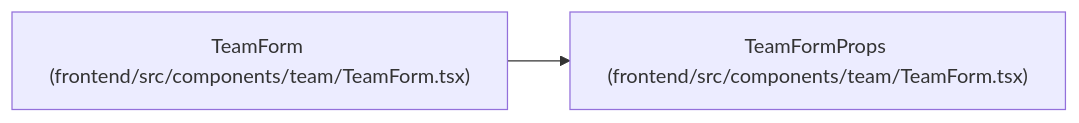
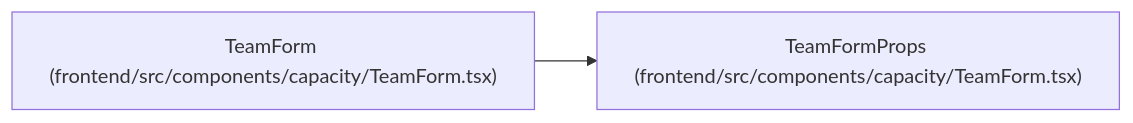
One commit to Denissvgn/WorkChord changed the diagram in docs/llm_wiki/entities/TeamFormProps.md. Above: the diagram before and after it, drawn with Mermaid. The commit also changed other lines of this file and 2373 other files, not shown here.

````diff
--- a/docs/llm_wiki/entities/TeamFormProps.md
+++ b/docs/llm_wiki/entities/TeamFormProps.md
@@ -30,8 +30,8 @@
 ```mermaid
 flowchart LR
-    n0["TeamFormProps (frontend/src/components/team/TeamForm.tsx)"]
-    n1["TeamForm (frontend/src/components/team/TeamForm.tsx)"]
+    n0["TeamFormProps (frontend/src/components/capacity/TeamForm.tsx)"]
+    n1["TeamForm (frontend/src/components/capacity/TeamForm.tsx)"]
     n1 --> n0
     click n0 "../modules/TeamForm.md"
     click n1 "../modules/TeamForm.md"
 ```
````
